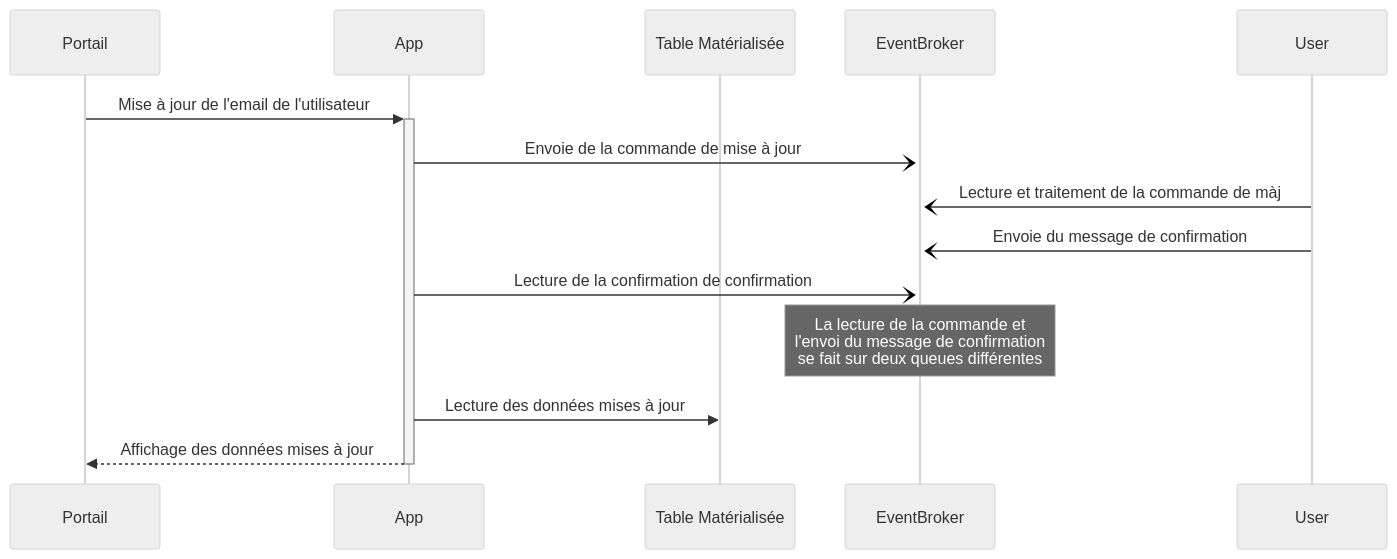
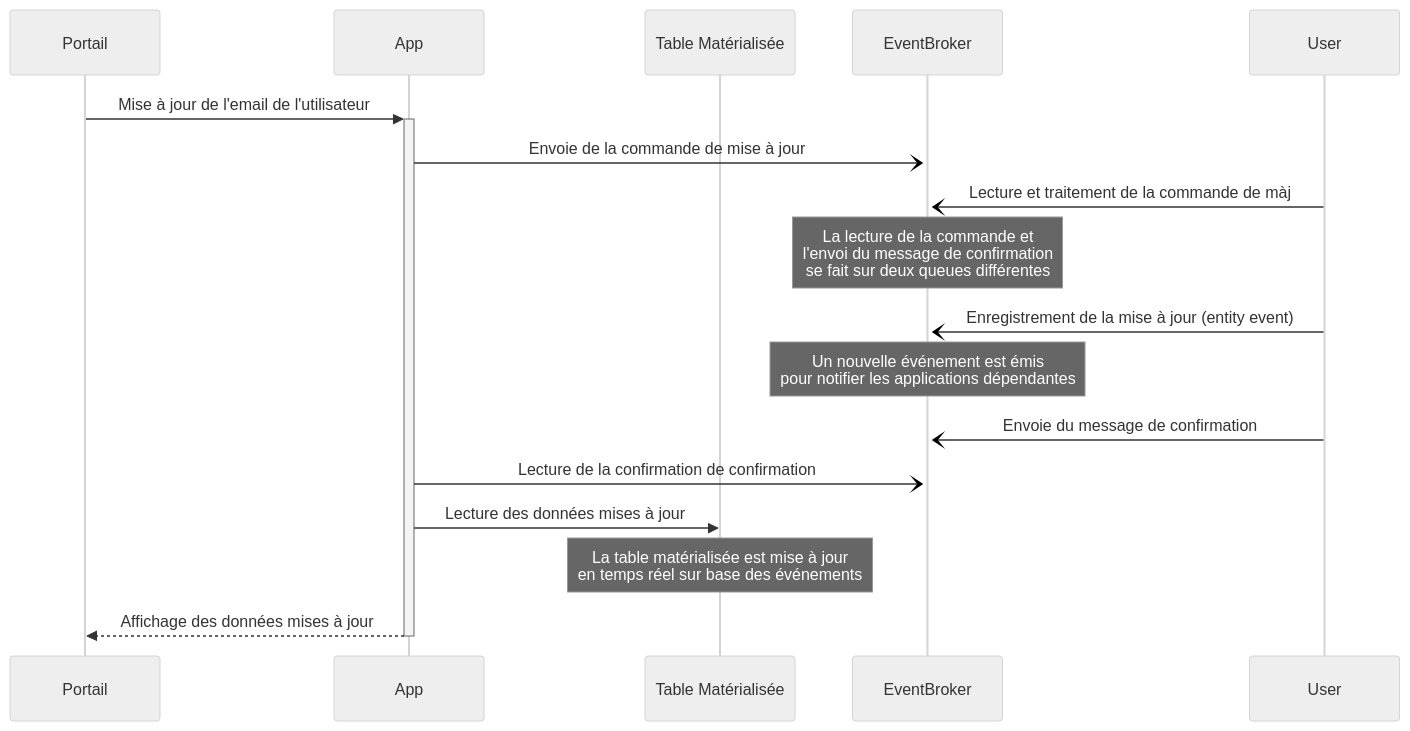
One commit to diplomegalo/event-driven changed the diagram in website/docs/Event Driven Architecture/2-data-stream/exemple-1-produire-et-consomer.md. Above: the diagram before and after it, drawn with Mermaid (neutral theme). The commit also changed other lines of this file and 2 other files, not shown here.

````diff
--- a/website/docs/Event Driven Architecture/2-data-stream/exemple-1-produire-et-consomer.md
+++ b/website/docs/Event Driven Architecture/2-data-stream/exemple-1-produire-et-consomer.md
@@ -110,17 +110,20 @@
 ```mermaid
 
 sequenceDiagram
     participant Portail
     participant App
     participant Table Matérialisée
     participant EventBroker
     participant User
     Portail->>+App: Mise à jour de l'email de l'utilisateur
     App-)+EventBroker: Envoie de la commande de mise à jour
     User-)EventBroker: Lecture et traitement de la commande de màj
+    note over EventBroker: La lecture de la commande et<br/>l'envoi du message de confirmation<br/>se fait sur deux queues différentes
+    User-)EventBroker: Enregistrement de la mise à jour (entity event)
+    note over EventBroker: Un nouvelle événement est émis<br/>pour notifier les applications dépendantes 
     User-)EventBroker: Envoie du message de confirmation
     App-)EventBroker: Lecture de la confirmation de confirmation
-    note over EventBroker: La lecture de la commande et<br/>l'envoi du message de confirmation<br/>se fait sur deux queues différentes
     App->>Table Matérialisée: Lecture des données mises à jour
+    note over Table Matérialisée: La table matérialisée est mise à jour<br/>en temps réel sur base des événements
     App-->>-Portail: Affichage des données mises à jour
 ```
````
